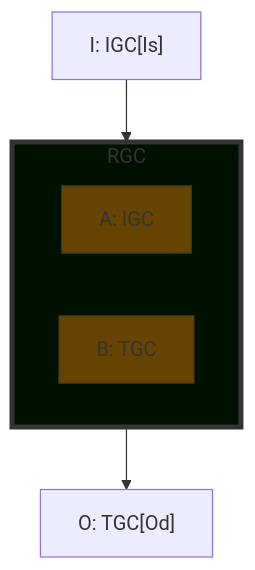
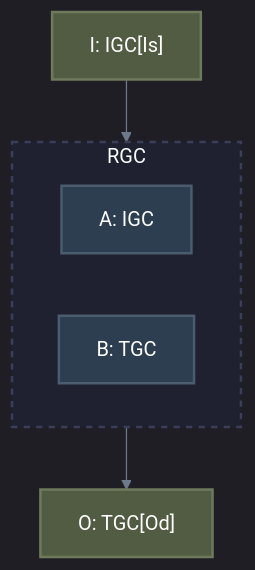
Before and after one commit to Shapedsundew9/erasmus-gp: the first of 6 diagrams in docs/components/core/physics/insertion.md, drawn with Mermaid. The commit also changed other lines of this file and 21 other files, not shown here.

First line of the commit message:
Enhance Mermaid Diagrams and Color Consistency Across Documentation

````diff
--- a/docs/components/core/physics/insertion.md
+++ b/docs/components/core/physics/insertion.md
@@ -52,21 +52,24 @@
 ```mermaid
-%% Insertion Case 0: Stack
+%%{init: { 'theme': 'dark', 'themeVariables': { 'lineColor': '#6c7a89', 'textColor': '#edf2f4', 'mainBkg': '#2b2d42', 'primaryBorderColor': '#4a4e69' }}}%%
 flowchart TB
-    I["I: IGC[Is]"]
+    %% Base/Default (Dark Slate)
+    classDef default fill:#2b2d42,stroke:#4a4e69,stroke-width:2px,color:#edf2f4
+    classDef dataBlue fill:#3a506b,stroke:#5c6b73,stroke-width:2px,color:#ffffff
+    classDef dataGreen fill:#425c52,stroke:#5d7a6f,stroke-width:2px,color:#ffffff
+    classDef dataGold fill:#6e6246,stroke:#8f8160,stroke-width:2px,color:#ffffff
+    classDef dataTeal fill:#3b5e60,stroke:#5b7a7c,stroke-width:2px,color:#ffffff
+    classDef dataOlive fill:#525c42,stroke:#6f7a5d,stroke-width:2px,color:#ffffff
+    classDef dataNavy fill:#2c3e50,stroke:#4a5c6e,stroke-width:2px,color:#ffffff
+    classDef zonePrimary fill:#1f2130,stroke:#3a3e59,stroke-width:2px,stroke-dasharray: 5 5
+
+    I["I: IGC[Is]"]:::dataOlive
     subgraph RGC
         direction RL
-        GCA["A: IGC"]
-        GCB["B: TGC"]
+        GCA["A: IGC"]:::dataNavy
+        GCB["B: TGC"]:::dataNavy
     end
-    O["O: TGC[Od]"]
+    O["O: TGC[Od]"]:::dataOlive
     I --> RGC --> O
 
-classDef newGC fill:#010,stroke:#333,stroke-width:4px
-classDef newRow fill:#010,stroke:#333,stroke-width:1px
-classDef modified fill:#640,stroke:#333,stroke-width:1px
-classDef unchanged fill:#000,stroke:#333,stroke-width:1px
-
-class RGC newGC
-class GCA modified
-class GCB modified
+    class RGC zonePrimary
 ```
````
